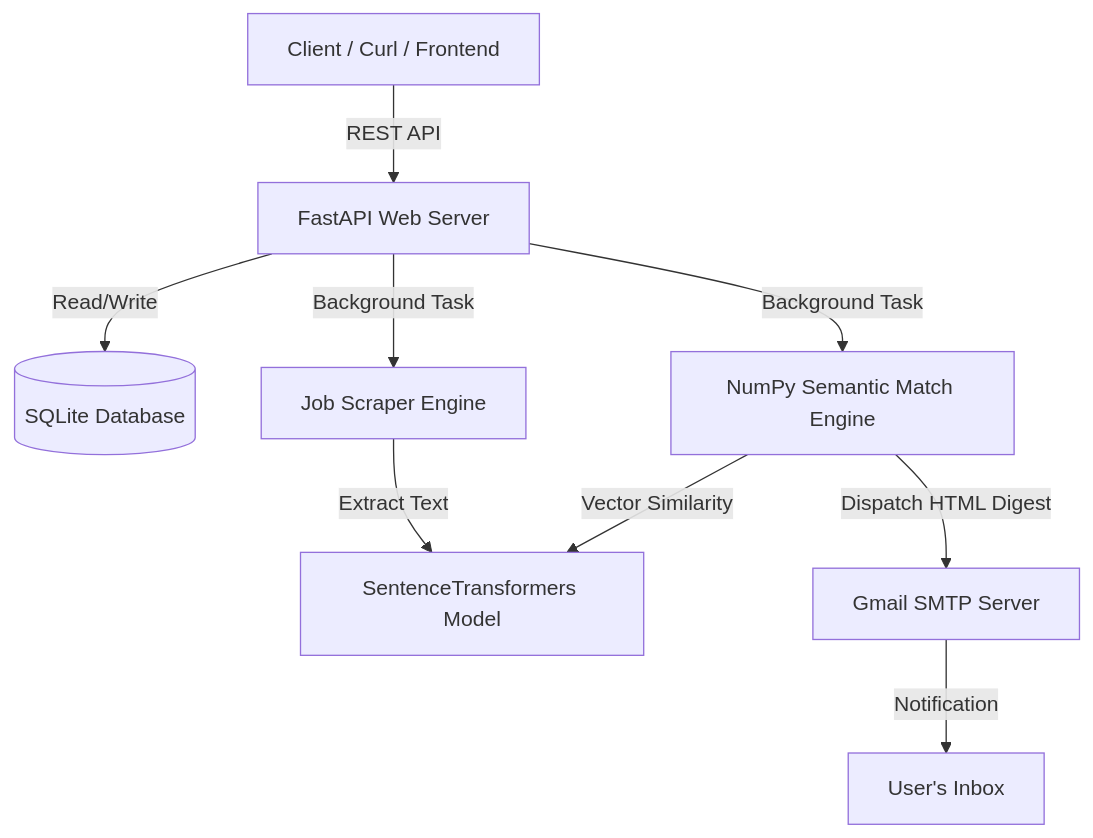
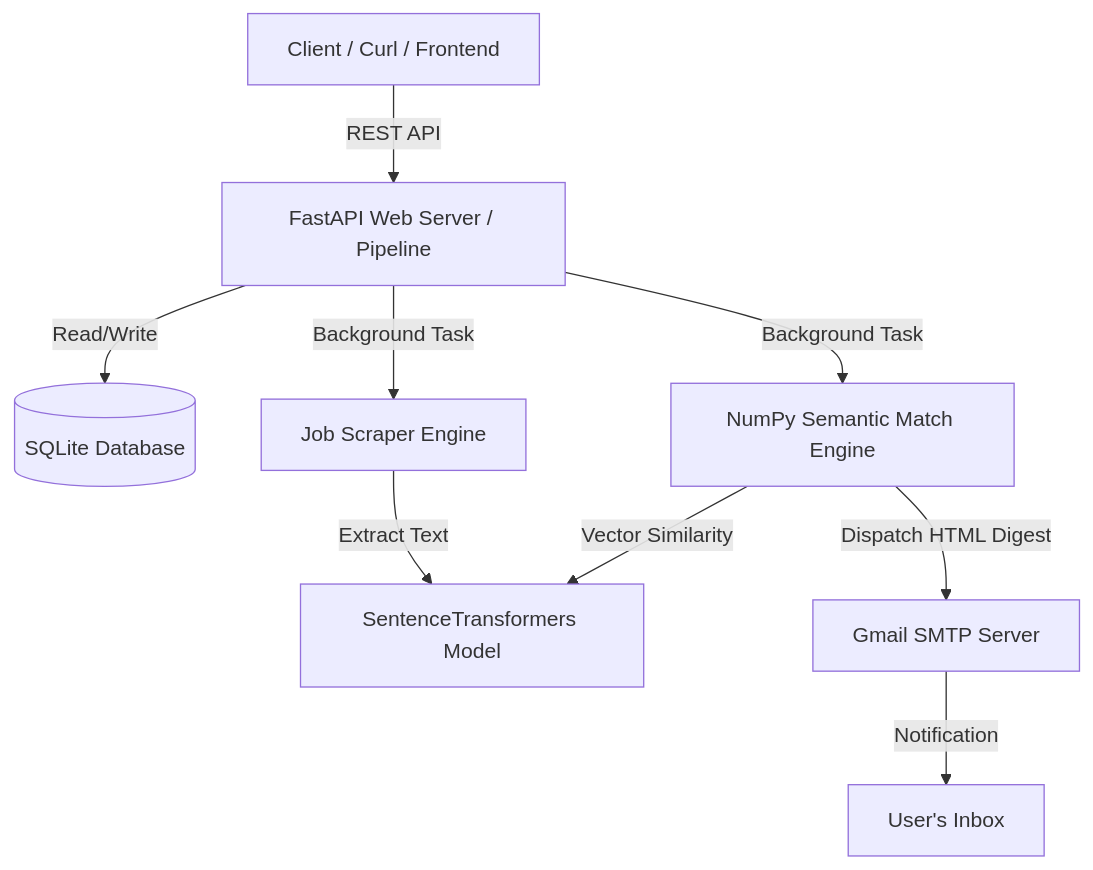
Before and after one commit to sourcecode6/ai-job-scraper: the first of 3 diagrams in architecture.md, drawn with Mermaid. The commit also changed other lines of this file and 9 other files, not shown here.

````diff
--- a/architecture.md
+++ b/architecture.md
@@ -11,11 +11,11 @@
 ```mermaid
 graph TD
-    Client[Client / Curl / Frontend] -->|REST API| Gateway[FastAPI Web Server]
+    Client[Client / Curl / Frontend] -->|REST API| Gateway[FastAPI Web Server / Pipeline]
     Gateway -->|Read/Write| DB[(SQLite Database)]
     Gateway -->|Background Task| Scraper[Job Scraper Engine]
     Gateway -->|Background Task| Matcher[NumPy Semantic Match Engine]
     Scraper -->|Extract Text| Embedding[SentenceTransformers Model]
     Matcher -->|Vector Similarity| Embedding
     Matcher -->|Dispatch HTML Digest| SMTP[Gmail SMTP Server]
     SMTP -->|Notification| EmailRec[User's Inbox]
 ```
````
